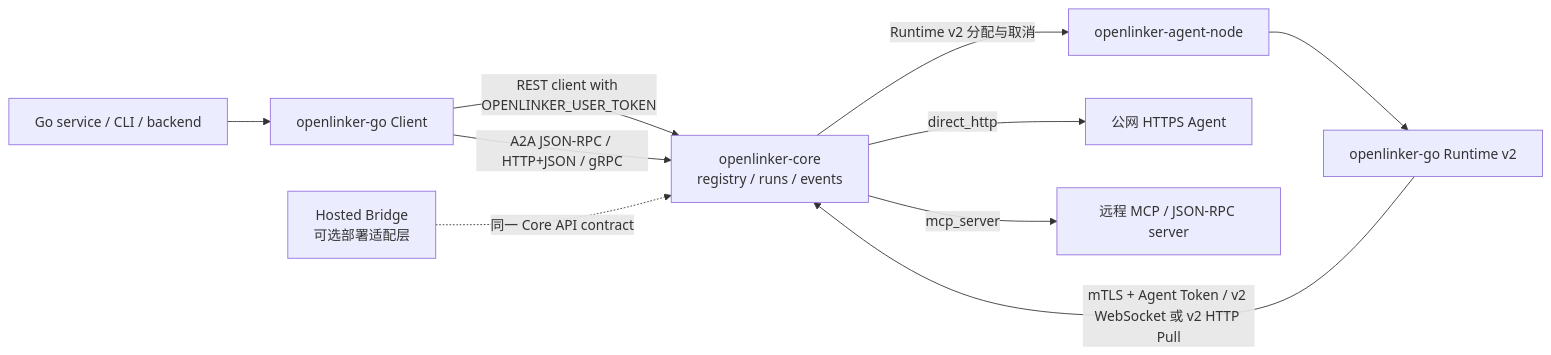
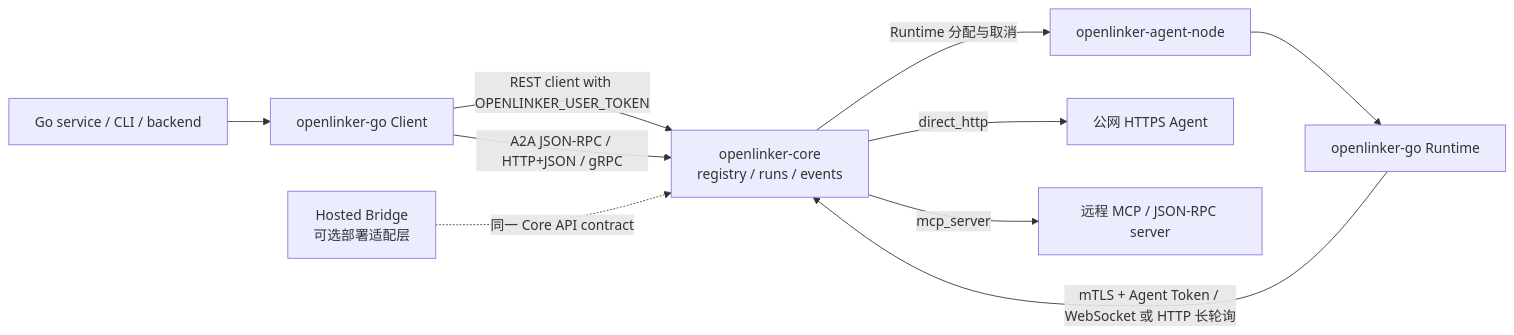
The diagram in README.zh-CN.md (OpenLinker-ai/openlinker-go), drawn with Mermaid before and after one commit. The commit also changed other lines of this file and 12 other files, not shown here.

````diff
--- a/README.zh-CN.md
+++ b/README.zh-CN.md
@@ -23,14 +23,14 @@
 ```mermaid
 flowchart LR
   Service["Go service / CLI / backend"] --> ClientSDK["openlinker-go Client"]
   ClientSDK -->|"REST client with OPENLINKER_USER_TOKEN"| Core["openlinker-core<br/>registry / runs / events"]
   ClientSDK -->|"A2A JSON-RPC / HTTP+JSON / gRPC"| Core
-  AgentNode["openlinker-agent-node"] --> RuntimeSDK["openlinker-go Runtime v2"]
-  RuntimeSDK -->|"mTLS + Agent Token / v2 WebSocket 或 v2 HTTP Pull"| Core
+  AgentNode["openlinker-agent-node"] --> RuntimeSDK["openlinker-go Runtime"]
+  RuntimeSDK -->|"mTLS + Agent Token / WebSocket 或 HTTP 长轮询"| Core
 
   HostedBridge["Hosted Bridge<br/>可选部署适配层"] -.->|"同一 Core API contract"| Core
 
   Core -->|"direct_http"| HTTPAgent["公网 HTTPS Agent"]
   Core -->|"mcp_server"| MCPAgent["远程 MCP / JSON-RPC server"]
-  Core -->|"Runtime v2 分配与取消"| AgentNode
+  Core -->|"Runtime 分配与取消"| AgentNode
 ```
````
